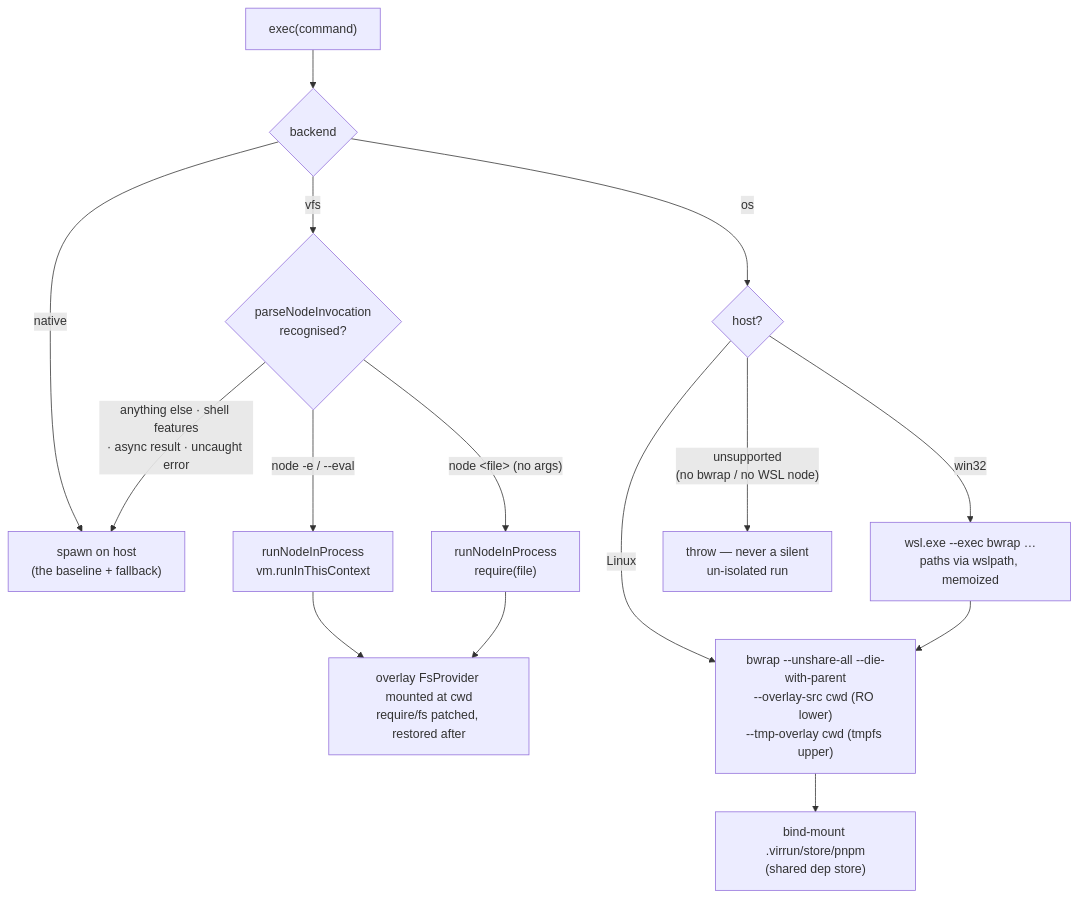
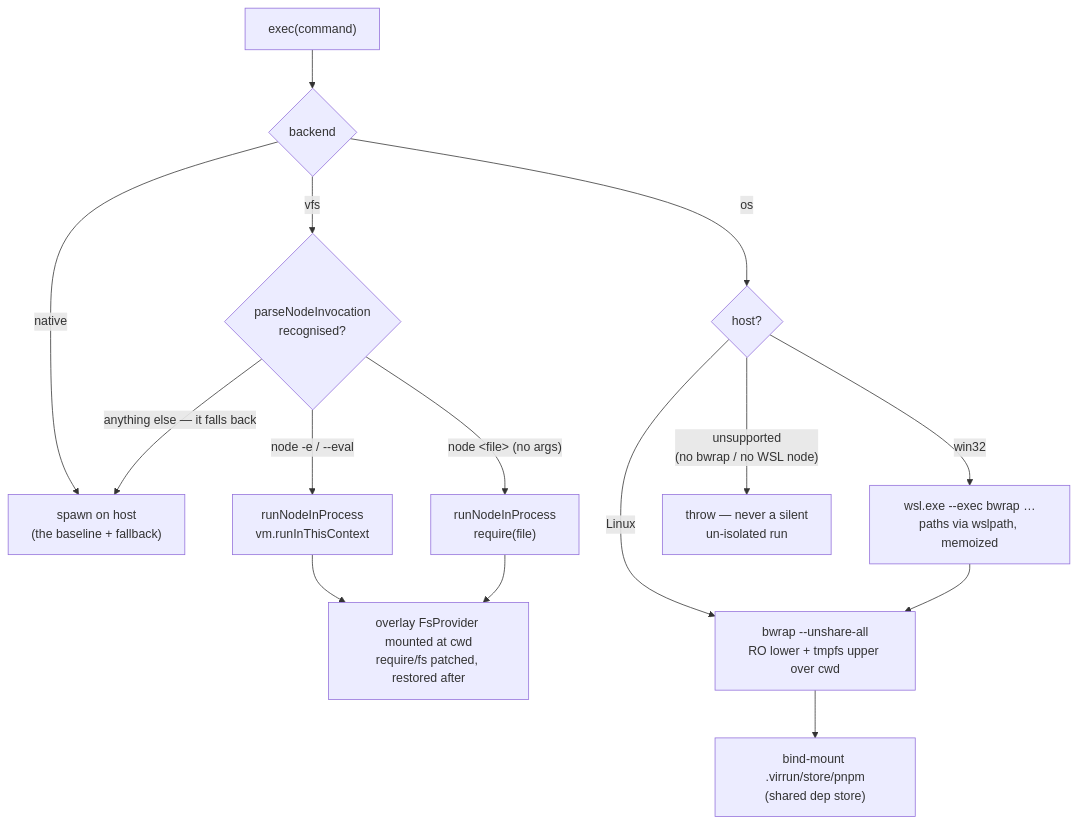
Before and after one commit to Esposter/Esposter: the diagram in packages/app/content/docs/virrun/execution-backends.md, drawn with Mermaid. The commit also changed 8 other files, not shown here.

First line of the commit message:
docs(diagrams): sweep esbabbler/ and virrun/

````diff
--- a/packages/app/content/docs/virrun/execution-backends.md
+++ b/packages/app/content/docs/virrun/execution-backends.md
@@ -12,20 +12,20 @@
 ```mermaid
 flowchart TB
     cmd["exec(command)"] --> which{backend}
 
     which -->|native| spawn["spawn on host<br/>(the baseline + fallback)"]
 
     which -->|vfs| parse{"parseNodeInvocation<br/>recognised?"}
     parse -->|"node -e / --eval"| inproc["runNodeInProcess<br/>vm.runInThisContext"]
     parse -->|"node &lt;file&gt; (no args)"| inproc2["runNodeInProcess<br/>require(file)"]
-    parse -->|"anything else · shell features<br/>· async result · uncaught error"| spawn
+    parse -->|"anything else — it falls back"| spawn
     inproc --> mount["overlay FsProvider mounted at cwd<br/>require/fs patched, restored after"]
     inproc2 --> mount
 
     which -->|os| host{"host?"}
-    host -->|Linux| bwrap["bwrap --unshare-all --die-with-parent<br/>--overlay-src cwd (RO lower)<br/>--tmp-overlay cwd (tmpfs upper)"]
+    host -->|Linux| bwrap["bwrap --unshare-all<br/>RO lower + tmpfs upper over cwd"]
     host -->|win32| wsl["wsl.exe --exec bwrap …<br/>paths via wslpath, memoized"]
     host -->|"unsupported<br/>(no bwrap / no WSL node)"| throw["throw — never a silent<br/>un-isolated run"]
     wsl --> bwrap
     bwrap --> store["bind-mount .virrun/store/pnpm<br/>(shared dep store)"]
 ```
````
